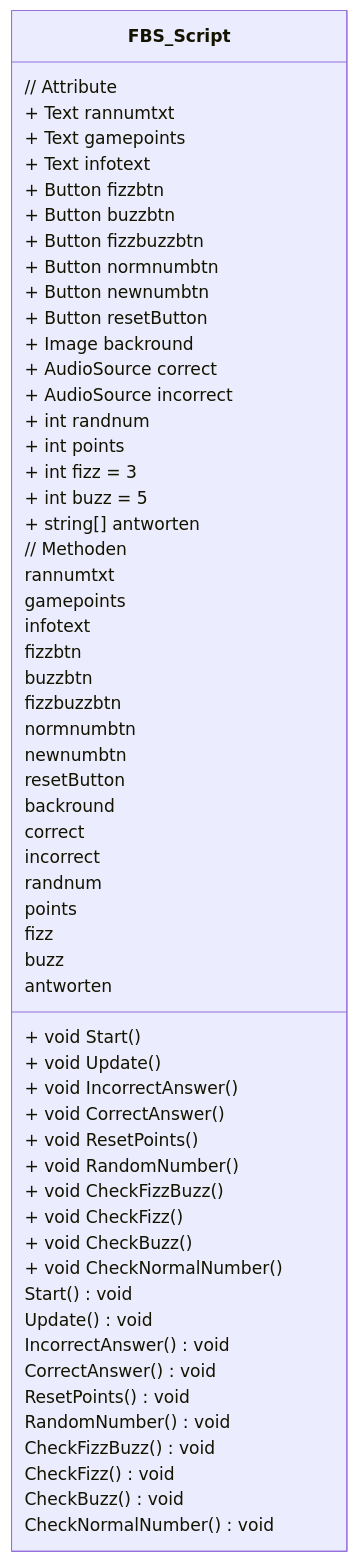
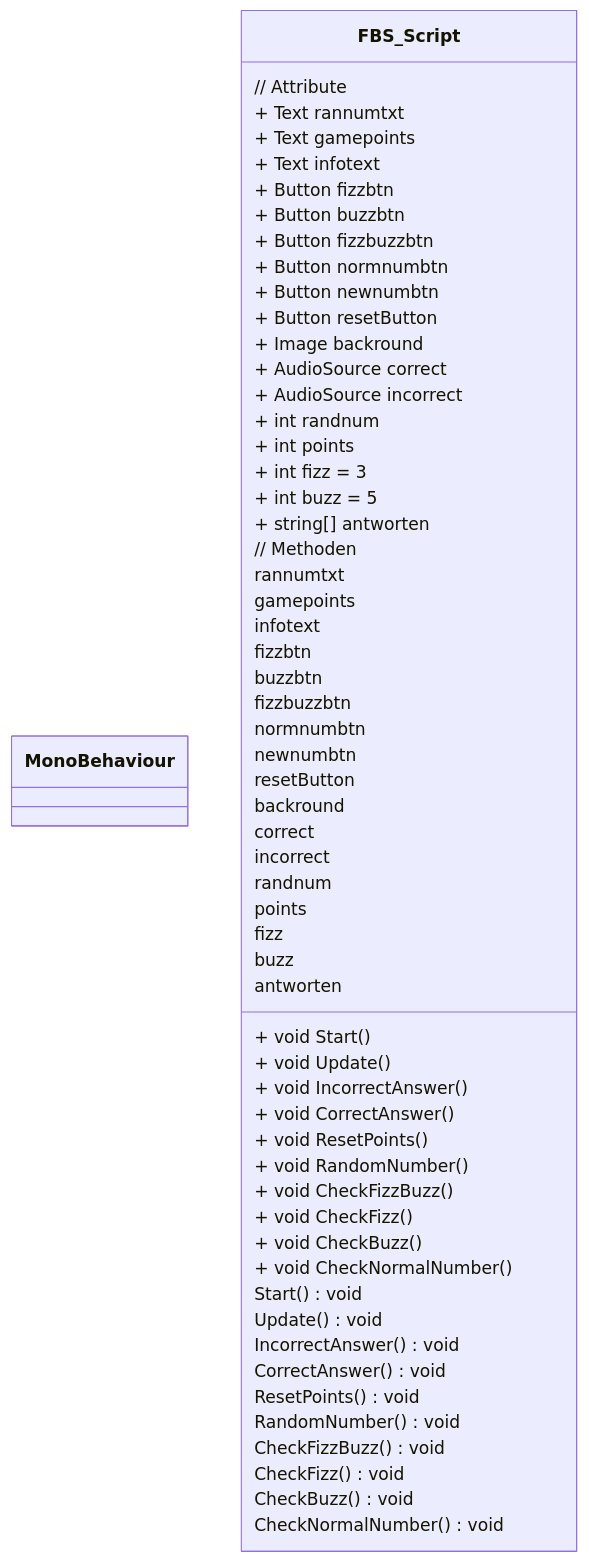
Before and after one commit to flaurenz/FizzBuzz_Laurenz: the diagram in README.md, drawn with Mermaid.

````diff
--- a/README.md
+++ b/README.md
@@ -29,64 +29,67 @@
 ```mermaid
 classDiagram
+class MonoBehaviour {
+    }
+
     class FBS_Script {
         // Attribute
         + Text rannumtxt
         + Text gamepoints
         + Text infotext
         + Button fizzbtn
         + Button buzzbtn
         + Button fizzbuzzbtn
         + Button normnumbtn
         + Button newnumbtn
         + Button resetButton
         + Image backround
         + AudioSource correct
         + AudioSource incorrect
         + int randnum
         + int points
         + int fizz = 3
         + int buzz = 5
         + string[] antworten
 
         // Methoden
         + void Start()
         + void Update()
         + void IncorrectAnswer()
         + void CorrectAnswer()
         + void ResetPoints()
         + void RandomNumber()
         + void CheckFizzBuzz()
         + void CheckFizz()
         + void CheckBuzz()
         + void CheckNormalNumber()
     }
 
     FBS_Script : rannumtxt
     FBS_Script : gamepoints
     FBS_Script : infotext
     FBS_Script : fizzbtn
     FBS_Script : buzzbtn
     FBS_Script : fizzbuzzbtn
     FBS_Script : normnumbtn
     FBS_Script : newnumbtn
     FBS_Script : resetButton
     FBS_Script : backround
     FBS_Script : correct
     FBS_Script : incorrect
     FBS_Script : randnum
     FBS_Script : points
     FBS_Script : fizz
     FBS_Script : buzz
     FBS_Script : antworten
     FBS_Script : Start() void
     FBS_Script : Update() void
     FBS_Script : IncorrectAnswer() void
     FBS_Script : CorrectAnswer() void
     FBS_Script : ResetPoints() void
     FBS_Script : RandomNumber() void
     FBS_Script : CheckFizzBuzz() void
     FBS_Script : CheckFizz() void
     FBS_Script : CheckBuzz() void
     FBS_Script : CheckNormalNumber() void
 
 ```
````
